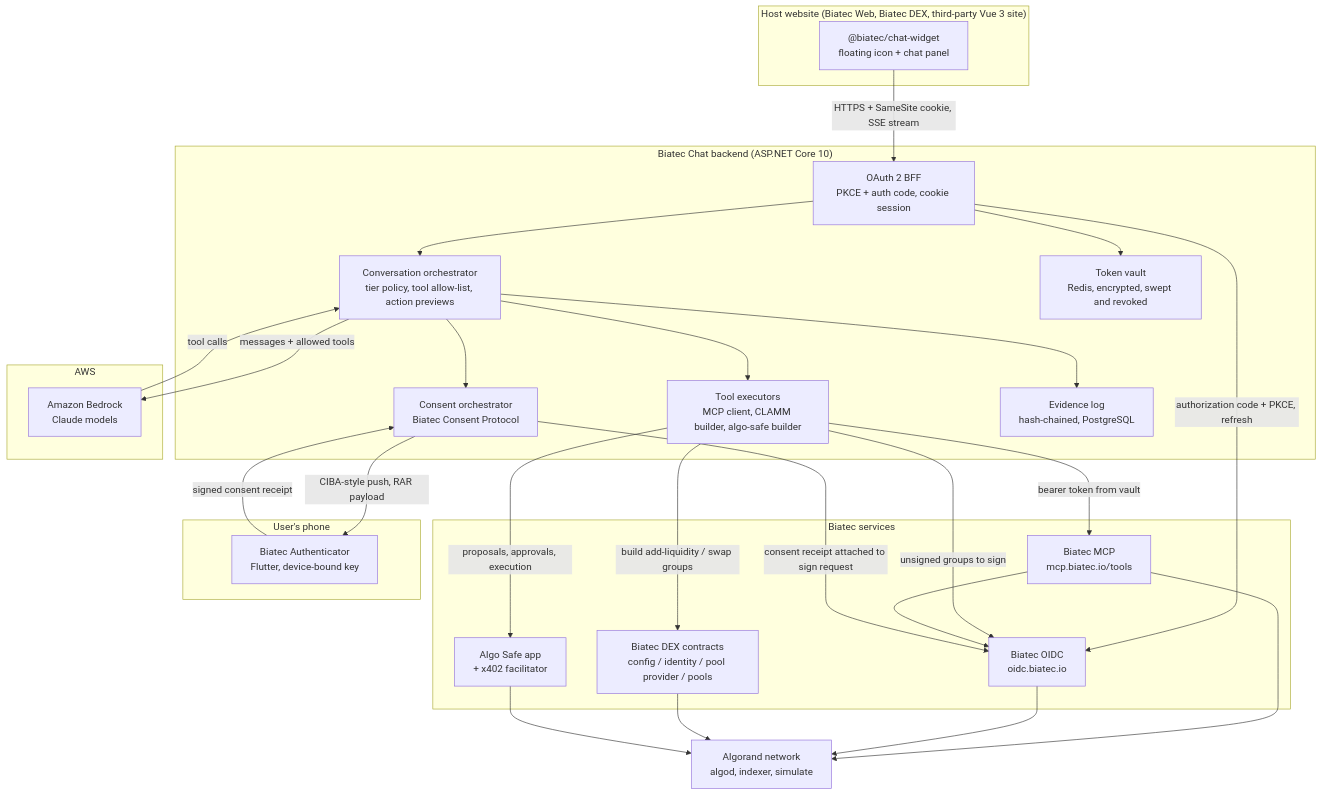
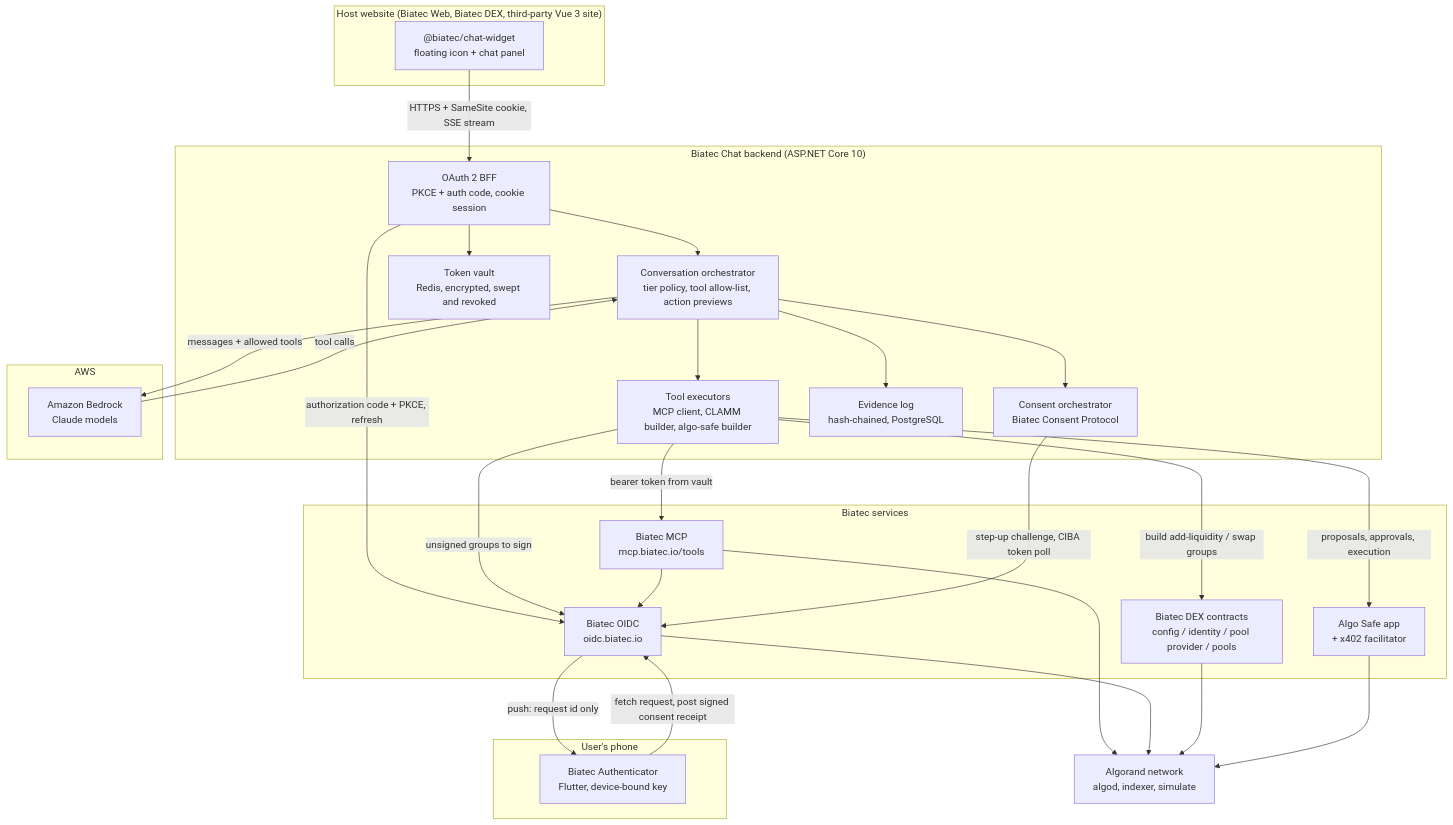
Before and after one commit to scholtz/biatec-chat: the first of 3 diagrams in PRODUCT-DESCRIPTION.md, drawn with Mermaid. The commit also changed other lines of this file, not shown here.

````diff
--- a/PRODUCT-DESCRIPTION.md
+++ b/PRODUCT-DESCRIPTION.md
@@ -139,54 +139,54 @@
 ```mermaid
 flowchart TB
     subgraph Host["Host website (Biatec Web, Biatec DEX, third-party Vue 3 site)"]
         W["@biatec/chat-widget<br/>floating icon + chat panel"]
     end
 
     subgraph Backend["Biatec Chat backend (ASP.NET Core 10)"]
         BFF["OAuth 2 BFF<br/>PKCE + auth code, cookie session"]
         ORCH["Conversation orchestrator<br/>tier policy, tool allow-list, action previews"]
         TOOLS["Tool executors<br/>MCP client, CLAMM builder, algo-safe builder"]
         CONSENT["Consent orchestrator<br/>Biatec Consent Protocol"]
         EVID["Evidence log<br/>hash-chained, PostgreSQL"]
         STORE["Token vault<br/>Redis, encrypted, swept and revoked"]
     end
 
     subgraph AWS["AWS"]
         BR["Amazon Bedrock<br/>Claude models"]
     end
 
     subgraph Biatec["Biatec services"]
         OIDC["Biatec OIDC<br/>oidc.biatec.io"]
         MCP["Biatec MCP<br/>mcp.biatec.io/tools"]
         DEX["Biatec DEX contracts<br/>config / identity / pool provider / pools"]
         SAFE["Algo Safe app<br/>+ x402 facilitator"]
     end
 
     subgraph Mobile["User's phone"]
         AUTH["Biatec Authenticator<br/>Flutter, device-bound key"]
     end
 
     CHAIN["Algorand network<br/>algod, indexer, simulate"]
 
     W -- "HTTPS + SameSite cookie, SSE stream" --> BFF
     BFF --> ORCH
     ORCH -- "messages + allowed tools" --> BR
     BR -- "tool calls" --> ORCH
     ORCH --> TOOLS
     ORCH --> EVID
     ORCH --> CONSENT
     BFF -- "authorization code + PKCE, refresh" --> OIDC
     BFF --> STORE
     TOOLS -- "bearer token from vault" --> MCP
     TOOLS -- "unsigned groups to sign" --> OIDC
     TOOLS -- "build add-liquidity / swap groups" --> DEX
     TOOLS -- "proposals, approvals, execution" --> SAFE
     MCP --> OIDC
     MCP --> CHAIN
     OIDC --> CHAIN
-    CONSENT -- "CIBA-style push, RAR payload" --> AUTH
-    AUTH -- "signed consent receipt" --> CONSENT
-    CONSENT -- "consent receipt attached to sign request" --> OIDC
+    CONSENT -- "step-up challenge, CIBA token poll" --> OIDC
+    OIDC -- "push: request id only" --> AUTH
+    AUTH -- "fetch request, post signed consent receipt" --> OIDC
     DEX --> CHAIN
     SAFE --> CHAIN
 ```
````
